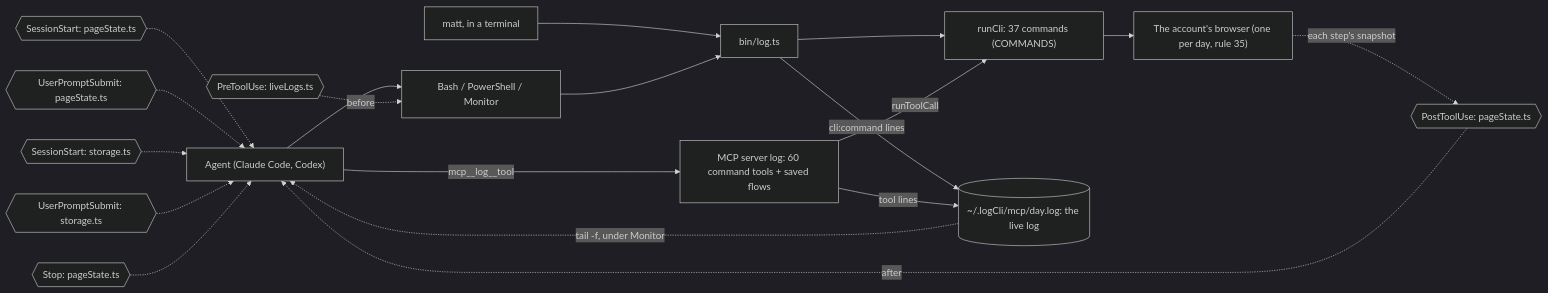
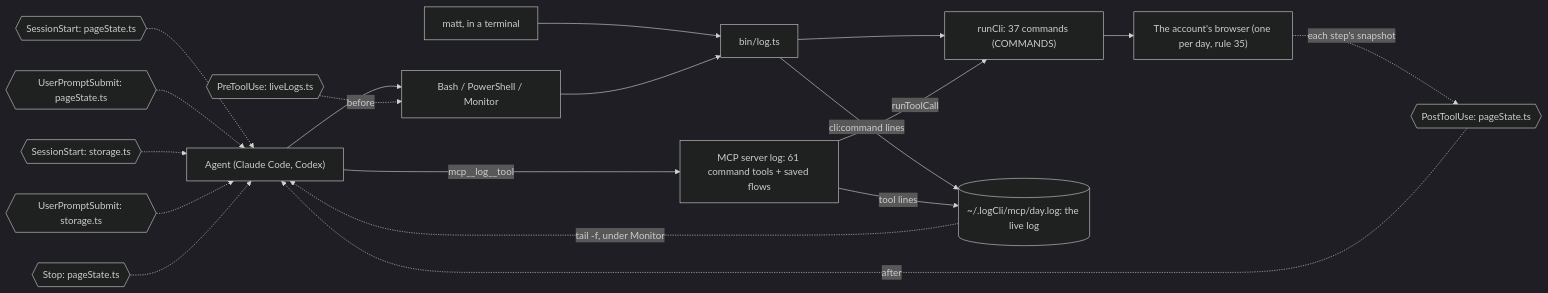
One commit to matthewdonsemail-lab/log changed the second of 5 diagrams in README.md. Above: the diagram before and after it, drawn with Mermaid (dark theme). The commit also changed other lines of this file and 26 other files, not shown here.

````diff
--- a/README.md
+++ b/README.md
@@ -87,29 +87,29 @@
 ```mermaid
 flowchart LR
   agent["Agent (Claude Code, Codex)"]
   matt["matt, in a terminal"]
   shell["Bash / PowerShell / Monitor"]
-  mcp["MCP server log: 60 command tools + saved flows"]
+  mcp["MCP server log: 61 command tools + saved flows"]
   bin["bin/log.ts"]
   runCli["runCli: 37 commands (COMMANDS)"]
   live[("~/.logCli/mcp/day.log: the live log")]
   browser["The account's browser (one per day, rule 35)"]
   agent --> shell
   matt --> bin
   shell --> bin
   agent -->|mcp__log__tool| mcp
   bin --> runCli
   mcp -->|runToolCall| runCli
   runCli --> browser
   bin -->|cli:command lines| live
   mcp -->|tool lines| live
   live -.->|tail -f, under Monitor| agent
   pre0{{"PreToolUse: liveLogs.ts"}} -.->|before| shell
   post0{{"PostToolUse: pageState.ts"}} -.->|after| agent
   turn0{{"SessionStart: pageState.ts"}} -.-> agent
   turn1{{"UserPromptSubmit: pageState.ts"}} -.-> agent
   turn2{{"SessionStart: storage.ts"}} -.-> agent
   turn3{{"UserPromptSubmit: storage.ts"}} -.-> agent
   turn4{{"Stop: pageState.ts"}} -.-> agent
   browser -.->|each step's snapshot| post0
 ```
````
